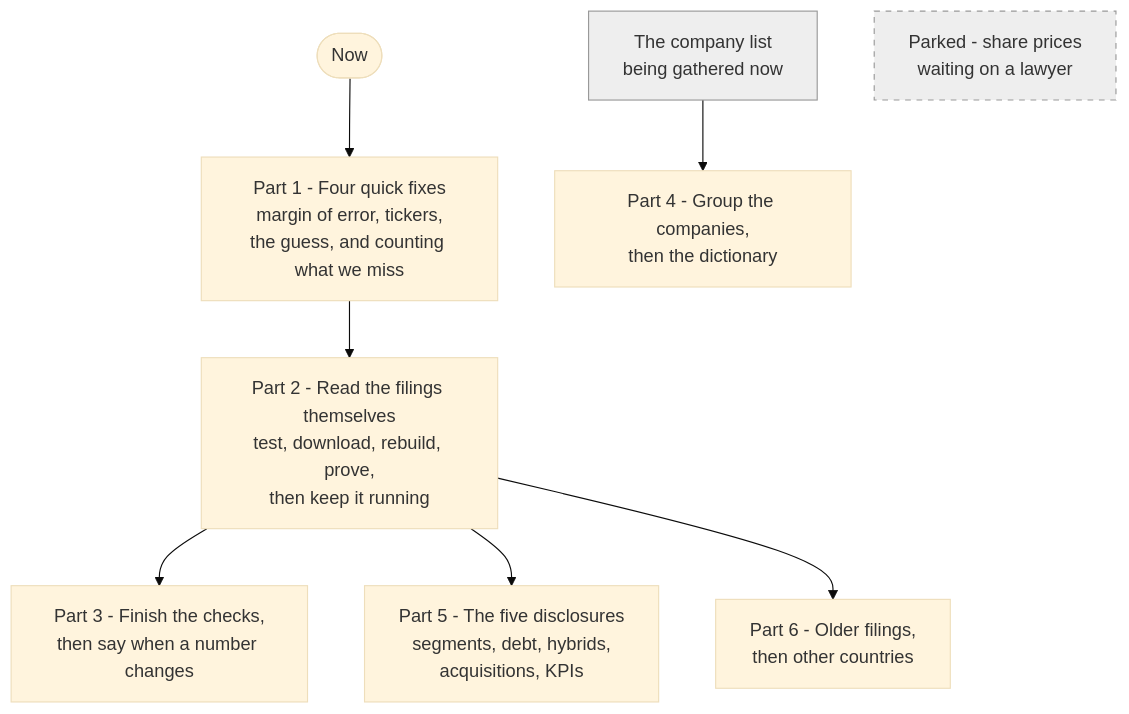
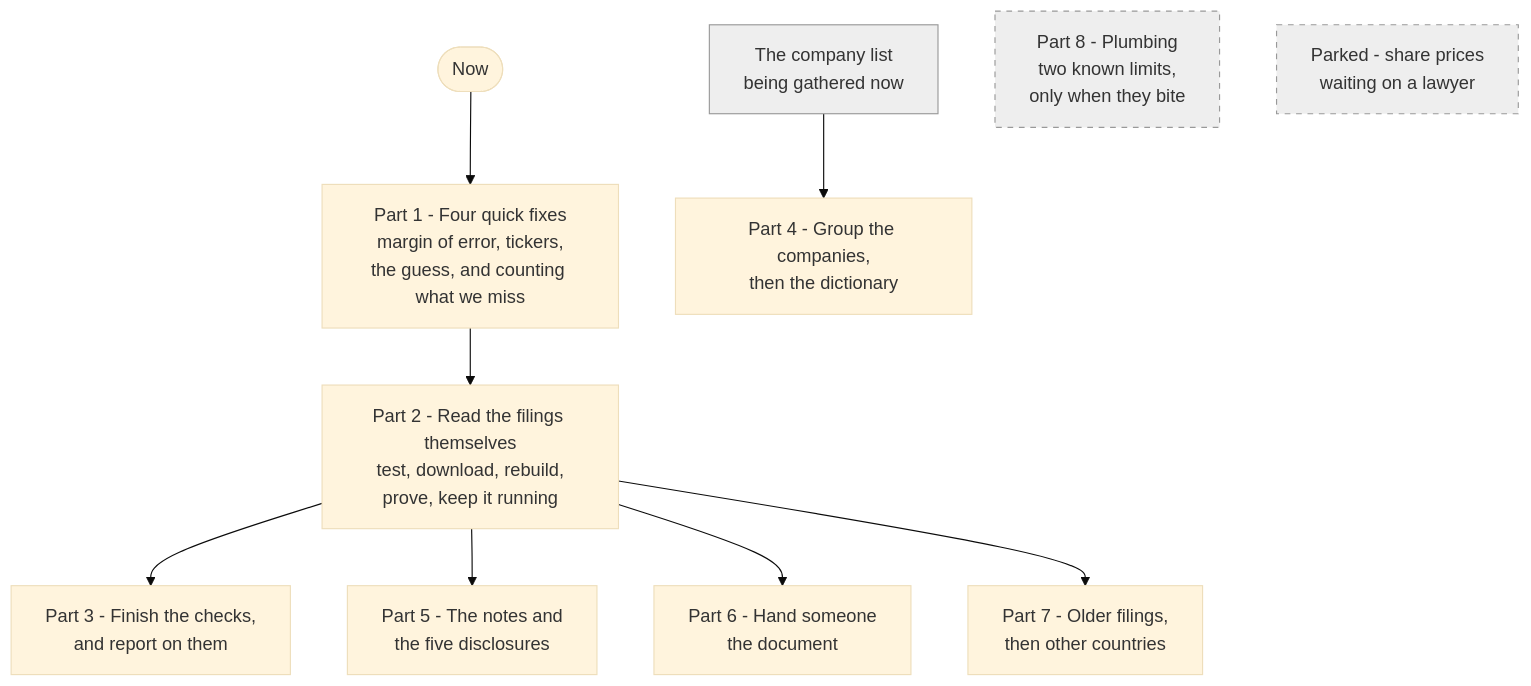
Before and after one commit to g784dwcd2r-crypto/H: the third of 22 diagrams in docs/steps.md, drawn with Mermaid (base theme). The commit also changed other lines of this file, not shown here.

````diff
--- a/docs/steps.md
+++ b/docs/steps.md
@@ -49,12 +49,15 @@
 ```mermaid
 flowchart TD
     START([Now]) --> P1["Part 1 - Four quick fixes<br/>margin of error, tickers,<br/>the guess, and counting what we miss"]
-    P1 --> P2["Part 2 - Read the filings themselves<br/>test, download, rebuild, prove,<br/>then keep it running"]
-    P2 --> P3["Part 3 - Finish the checks,<br/>then say when a number changes"]
-    P2 --> P5["Part 5 - The five disclosures<br/>segments, debt, hybrids,<br/>acquisitions, KPIs"]
-    P2 --> P6["Part 6 - Older filings,<br/>then other countries"]
+    P1 --> P2["Part 2 - Read the filings themselves<br/>test, download, rebuild,<br/>prove, keep it running"]
+    P2 --> P3["Part 3 - Finish the checks,<br/>and report on them"]
+    P2 --> P5["Part 5 - The notes and<br/>the five disclosures"]
+    P2 --> P6["Part 6 - Hand someone<br/>the document"]
+    P2 --> P7["Part 7 - Older filings,<br/>then other countries"]
     LIST["The company list<br/>being gathered now"] --> P4["Part 4 - Group the companies,<br/>then the dictionary"]
+    P8["Part 8 - Plumbing<br/>two known limits,<br/>only when they bite"]
     PARK["Parked - share prices<br/>waiting on a lawyer"]
     style PARK fill:#eeeeee,stroke:#999999,stroke-dasharray: 5 5
     style LIST fill:#eeeeee,stroke:#999999
+    style P8 fill:#eeeeee,stroke:#999999,stroke-dasharray: 5 5
 ```
````
